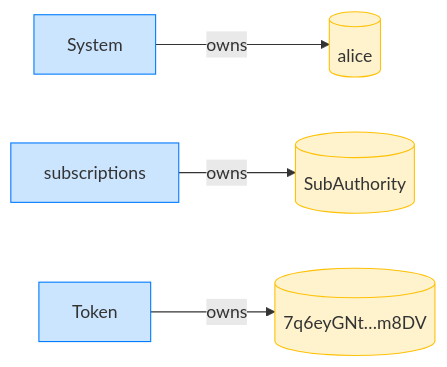
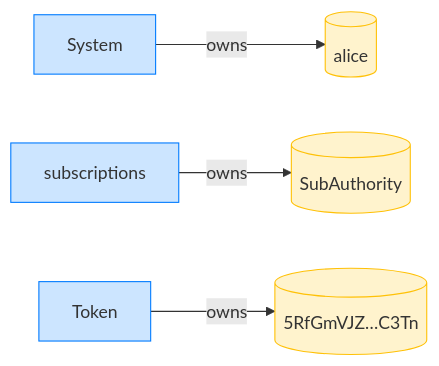
The fourth of 8 diagrams in dsl_tests/transfer-subscription--signer-accounts-must-sign.md (cds-rs/subscriptions), drawn with Mermaid before and after one commit. The commit also changed other lines of this file and 224 other files, not shown here.

````diff
--- a/dsl_tests/transfer-subscription--signer-accounts-must-sign.md
+++ b/dsl_tests/transfer-subscription--signer-accounts-must-sign.md
@@ -73,14 +78,14 @@
 ```mermaid
 flowchart LR
     classDef owner fill:#cce5ff,stroke:#007bff;
     classDef account fill:#fff3cd,stroke:#ffc107;
     System[System]:::owner
     alice[(alice)]:::account
     subscriptions[subscriptions]:::owner
     SubAuthority[(SubAuthority)]:::account
     Token[Token]:::owner
-    7q6eyGNt_m8DV[("7q6eyGNt…m8DV")]:::account
+    5RfGmVJZ_C3Tn[("5RfGmVJZ…C3Tn")]:::account
     System -->|owns| alice
     subscriptions -->|owns| SubAuthority
-    Token -->|owns| 7q6eyGNt_m8DV
+    Token -->|owns| 5RfGmVJZ_C3Tn
 ```
````
